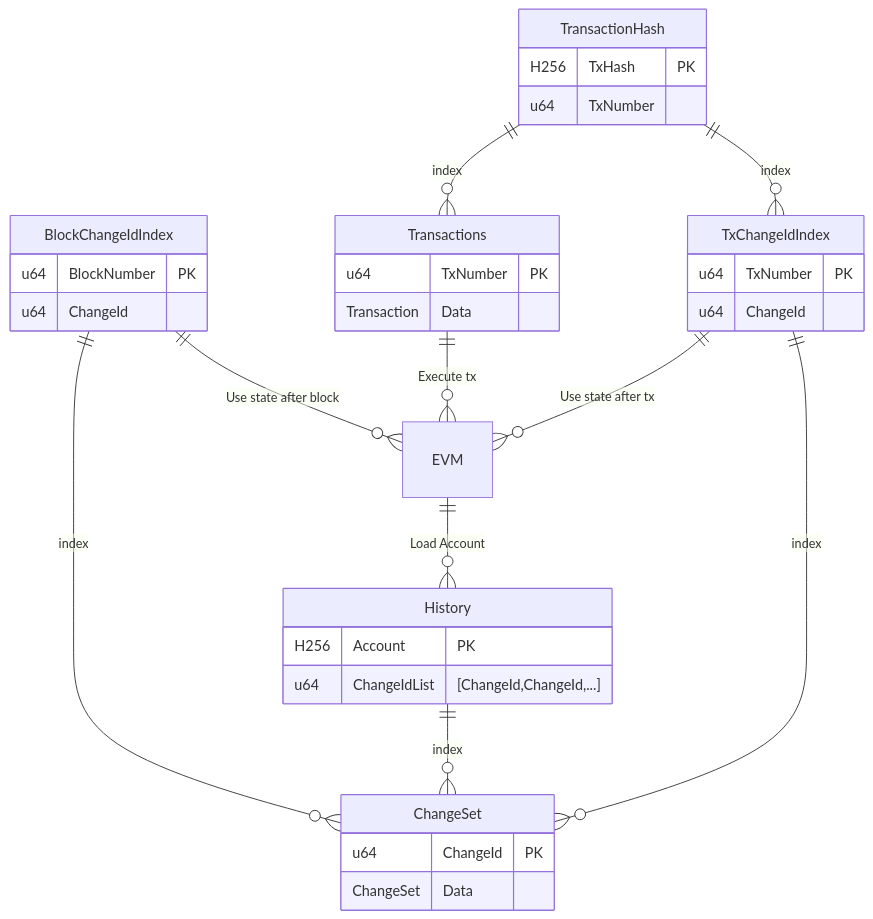
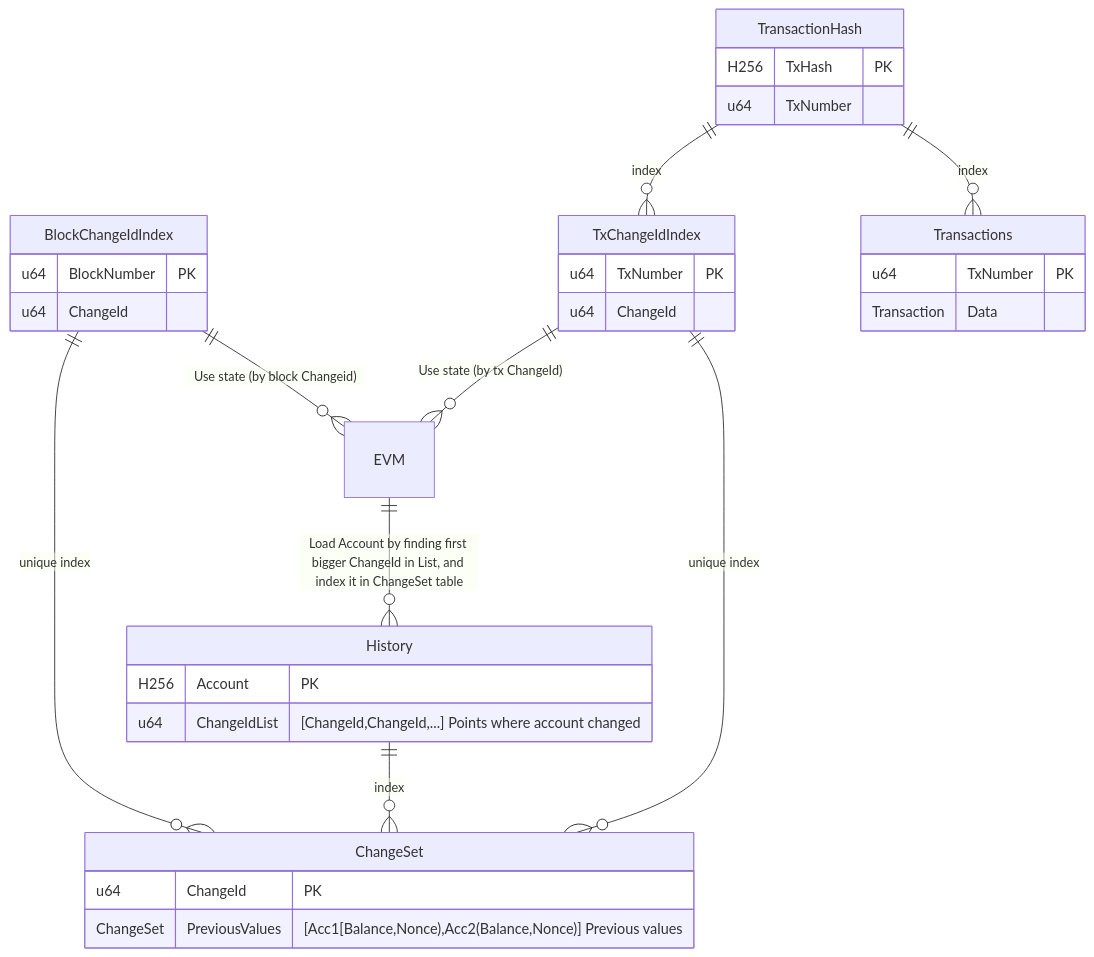
Before and after one commit to paradigmxyz/reth: the diagram in docs/design/database.md, drawn with Mermaid.

````diff
--- a/docs/design/database.md
+++ b/docs/design/database.md
@@ -30,36 +30,35 @@
 ```mermaid
 erDiagram
-TransactionHash ||--o{ Transactions : index
 TransactionHash ||--o{ TxChangeIdIndex : index
-BlockChangeIdIndex ||--o{ ChangeSet : index
+BlockChangeIdIndex ||--o{ ChangeSet : "unique index"
 History ||--o{ ChangeSet : index
-TxChangeIdIndex ||--o{ ChangeSet : index
+TxChangeIdIndex ||--o{ ChangeSet : "unique index"
 Transactions {
     u64 TxNumber "PK"
     Transaction Data
 }
 TransactionHash {
     H256 TxHash "PK"
     u64 TxNumber
 }
 TxChangeIdIndex {
     u64 TxNumber "PK"
     u64 ChangeId 
 }
 BlockChangeIdIndex {
     u64 BlockNumber "PK"
     u64 ChangeId
 }
 ChangeSet {
     u64 ChangeId "PK"
-    ChangeSet Data 
+    ChangeSet PreviousValues "[Acc1[Balance,Nonce),Acc2(Balance,Nonce)] Previous values"
 }
 History {
     H256 Account "PK"
-    u64 ChangeIdList "[ChangeId,ChangeId,...]"
+    u64 ChangeIdList "[ChangeId,ChangeId,...] Points where account changed"
 }
-EVM ||--o{ History: "Load Account"
-BlockChangeIdIndex ||--o{ EVM : "Use state after block"
-Transactions ||--o{ EVM : "Execute tx"
-TxChangeIdIndex ||--o{ EVM : "Use state after tx"
+EVM ||--o{ History: "Load Account by finding first bigger ChangeId in List, and index it in ChangeSet table"
+BlockChangeIdIndex ||--o{ EVM : "Use state (by block Changeid)"
+TxChangeIdIndex ||--o{ EVM : "Use state (by tx ChangeId)"
+TransactionHash ||--o{ Transactions : index
 ```
````
